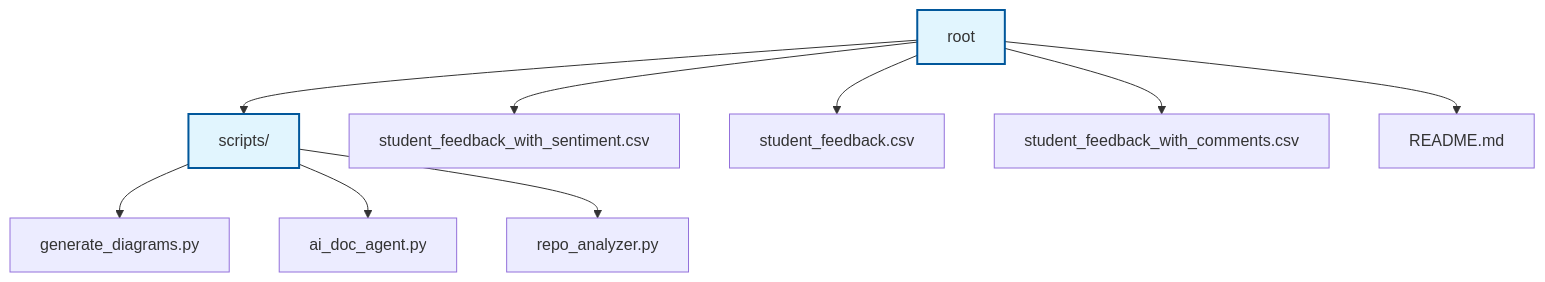
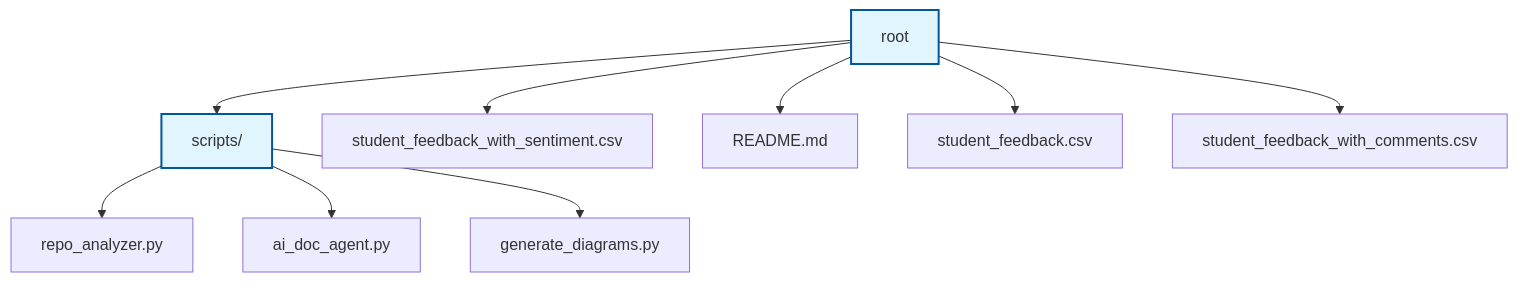
One commit to NITISH-R-G/FUTURE_DS_03 changed the diagram in README.md. Above: the diagram before and after it, drawn with Mermaid.

Commit message:
docs: auto-update repository documentation and diagrams

````diff
--- a/README.md
+++ b/README.md
@@ -47,29 +47,29 @@
 ```mermaid
 graph TD
     node0["root"]:::folder
     node1["scripts/"]:::folder
     node0 --> node1
     node2["student_feedback_with_sentiment.csv"]
     node0 --> node2
-    node3["student_feedback.csv"]
+    node3["README.md"]
     node0 --> node3
-    node4["student_feedback_with_comments.csv"]
+    node4["student_feedback.csv"]
     node0 --> node4
-    node5["README.md"]
+    node5["student_feedback_with_comments.csv"]
     node0 --> node5
-    node6["generate_diagrams.py"]
+    node6["repo_analyzer.py"]
     node1 --> node6
     node7["ai_doc_agent.py"]
     node1 --> node7
-    node8["repo_analyzer.py"]
+    node8["generate_diagrams.py"]
     node1 --> node8
     classDef folder fill:#e1f5fe,stroke:#01579b,stroke-width:2px;
     click node1 "scripts" "View scripts"
     click node2 "student_feedback_with_sentiment.csv" "View student_feedback_with_sentiment.csv"
-    click node3 "student_feedback.csv" "View student_feedback.csv"
-    click node4 "student_feedback_with_comments.csv" "View student_feedback_with_comments.csv"
-    click node5 "README.md" "View README.md"
-    click node6 "scripts/generate_diagrams.py" "View generate_diagrams.py"
+    click node3 "README.md" "View README.md"
+    click node4 "student_feedback.csv" "View student_feedback.csv"
+    click node5 "student_feedback_with_comments.csv" "View student_feedback_with_comments.csv"
+    click node6 "scripts/repo_analyzer.py" "View repo_analyzer.py"
     click node7 "scripts/ai_doc_agent.py" "View ai_doc_agent.py"
-    click node8 "scripts/repo_analyzer.py" "View repo_analyzer.py"
+    click node8 "scripts/generate_diagrams.py" "View generate_diagrams.py"
 ```
````
